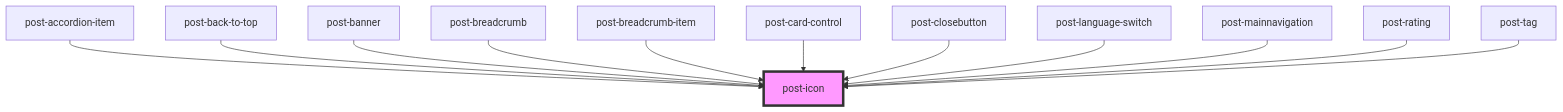
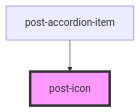
The diagram in packages/components/src/components/post-icon/readme.md (swisspost/design-system), drawn with Mermaid before and after one commit. The commit also changed other lines of this file and 1 other file, not shown here.

Commit message:
refactor(components): reuse is-ssr utility in post-icon component

````diff
--- a/packages/components/src/components/post-icon/readme.md
+++ b/packages/components/src/components/post-icon/readme.md
@@ -38,15 +28,5 @@
 ```mermaid
 graph TD;
   post-accordion-item --> post-icon
-  post-back-to-top --> post-icon
-  post-banner --> post-icon
-  post-breadcrumb --> post-icon
-  post-breadcrumb-item --> post-icon
-  post-card-control --> post-icon
-  post-closebutton --> post-icon
-  post-language-switch --> post-icon
-  post-mainnavigation --> post-icon
-  post-rating --> post-icon
-  post-tag --> post-icon
   style post-icon fill:#f9f,stroke:#333,stroke-width:4px
 ```
````
